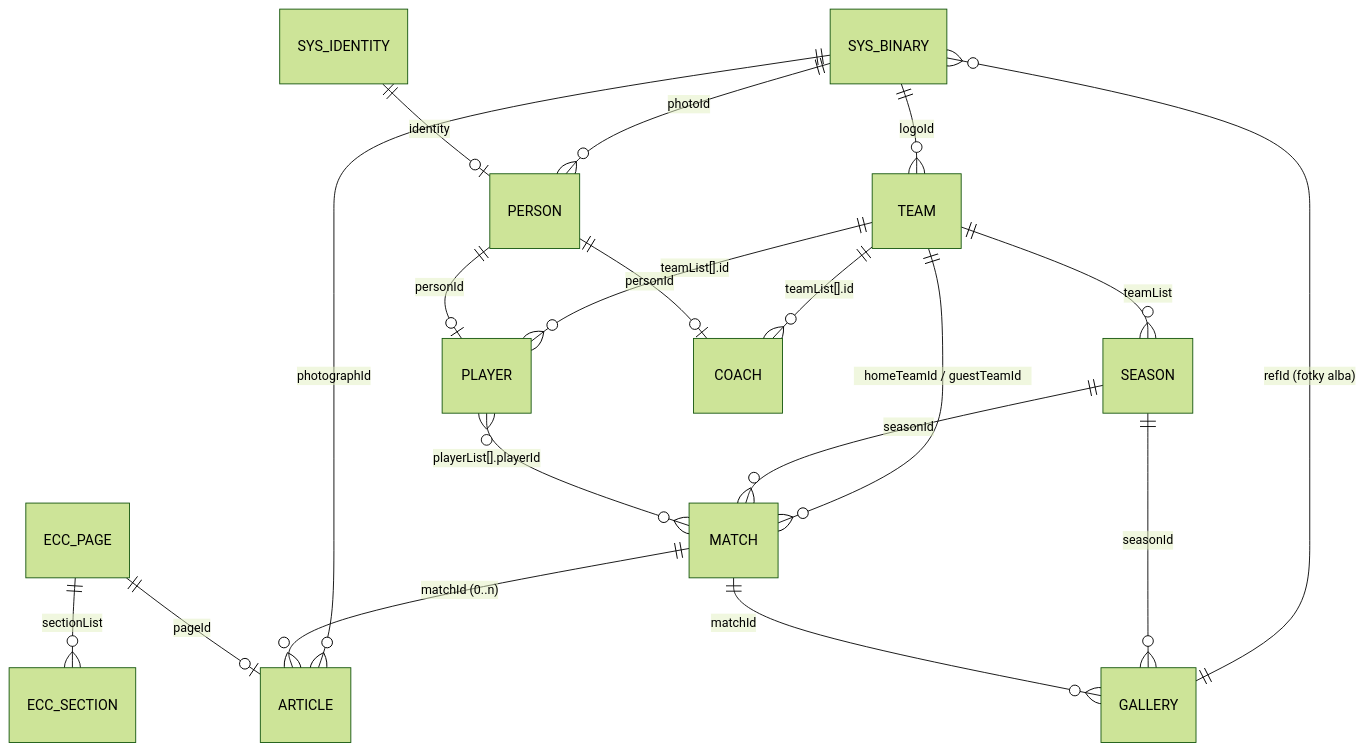
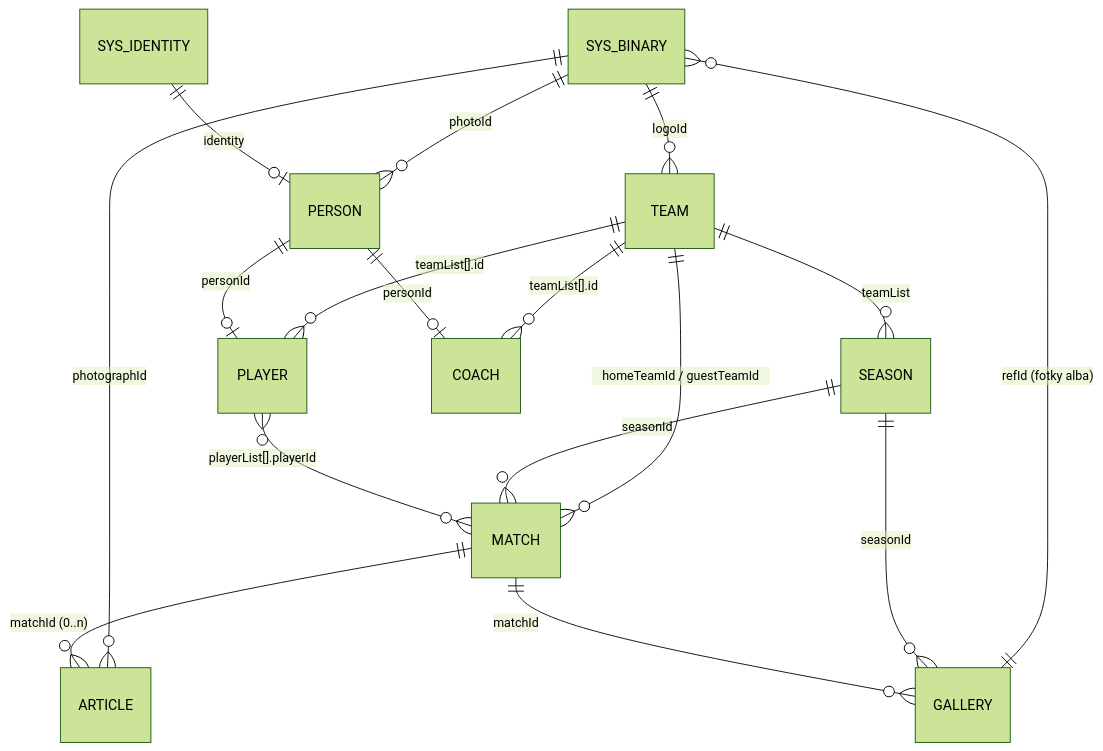
One commit to capo00/afkbratcice changed the first of 3 diagrams in design/data-model.md. Above: the diagram before and after it, drawn with Mermaid (forest theme). The commit also changed other lines of this file and 7 other files, not shown here.

````diff
--- a/design/data-model.md
+++ b/design/data-model.md
@@ -24,21 +24,19 @@
 ```mermaid
 erDiagram
     SYS_BINARY   ||--o{ TEAM        : "logoId"
     SYS_BINARY   ||--o{ PERSON      : "photoId"
     SYS_BINARY   ||--o{ ARTICLE     : "photographId"
     SYS_BINARY   }o--|| GALLERY     : "refId (fotky alba)"
     TEAM         ||--o{ SEASON      : "teamList"
     TEAM         ||--o{ MATCH       : "homeTeamId / guestTeamId"
     TEAM         ||--o{ PLAYER      : "teamList[].id"
     TEAM         ||--o{ COACH       : "teamList[].id"
     SEASON       ||--o{ MATCH       : "seasonId"
     SEASON       ||--o{ GALLERY     : "seasonId"
     MATCH        ||--o{ ARTICLE     : "matchId (0..n)"
     MATCH        ||--o{ GALLERY     : "matchId"
     PLAYER       }o--o{ MATCH       : "playerList[].playerId"
     PERSON       ||--o| PLAYER      : "personId"
     PERSON       ||--o| COACH       : "personId"
     SYS_IDENTITY ||--o| PERSON      : "identity"
-    ECC_PAGE     ||--o{ ECC_SECTION : "sectionList"
-    ECC_PAGE     ||--o| ARTICLE     : "pageId"
 ```
````
